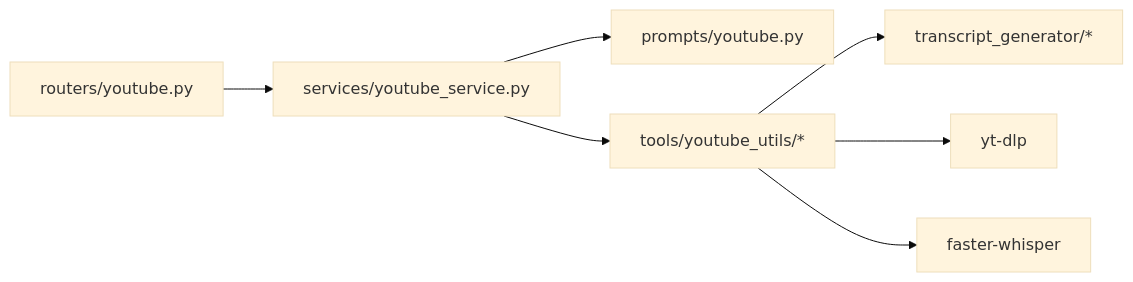
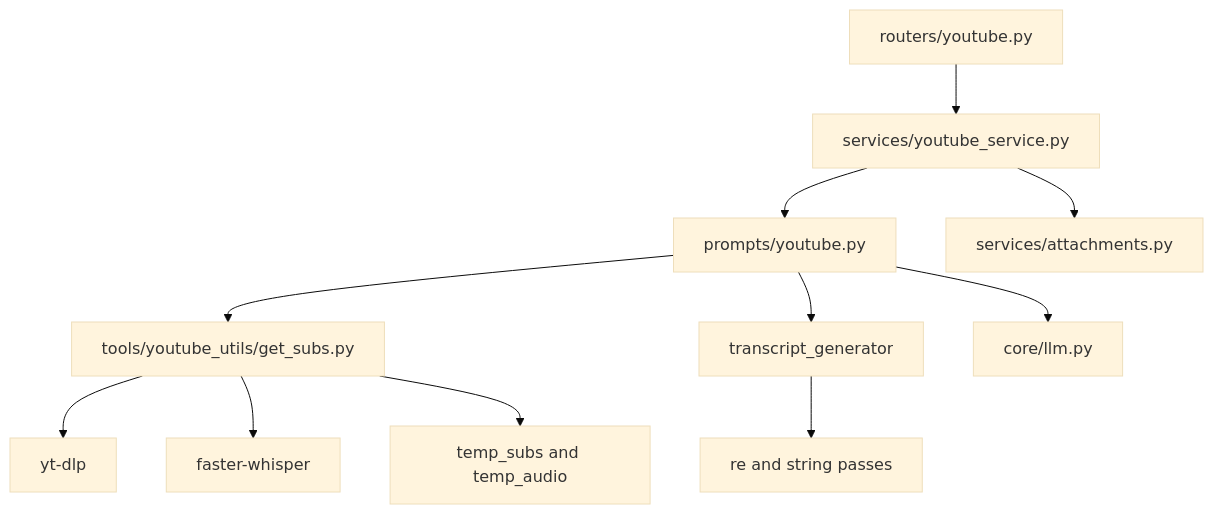
Before and after one commit to tashifkhan/tashif.codes: the sixth of 6 diagrams in src/data/docs/agentic-browser/Service Integrations/YouTube Integration.md, drawn with Mermaid (base theme). The commit also changed other lines of this file and 114 other files, not shown here.

````diff
--- a/src/data/docs/agentic-browser/Service Integrations/YouTube Integration.md
+++ b/src/data/docs/agentic-browser/Service Integrations/YouTube Integration.md
@@ -269,9 +169,13 @@
 ```mermaid
-graph LR
-R["routers/youtube.py"] --> S["services/youtube_service.py"]
-S --> P["prompts/youtube.py"]
-S --> U["tools/youtube_utils/*"]
-U --> TG["transcript_generator/*"]
-U --> YTDLP["yt-dlp"]
-U --> WHISPER["faster-whisper"]
+graph TB
+  Router["routers/youtube.py"] --> Service["services/youtube_service.py"]
+  Service --> Prompt["prompts/youtube.py"]
+  Service --> Attach["services/attachments.py"]
+  Prompt --> Subs["tools/youtube_utils/get_subs.py"]
+  Prompt --> Gen["transcript_generator"]
+  Prompt --> LLM["core/llm.py"]
+  Subs --> YTDLP["yt-dlp"]
+  Subs --> Faster["faster-whisper"]
+  Subs --> FS["temp_subs and temp_audio"]
+  Gen --> Regex["re and string passes"]
 ```
````
